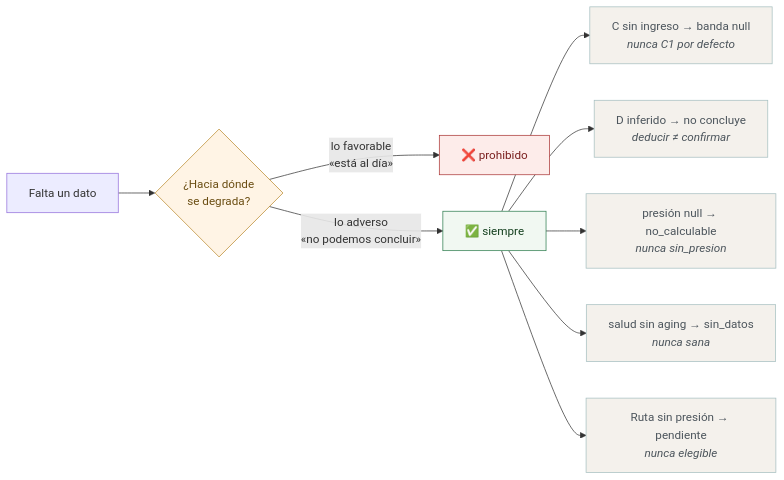
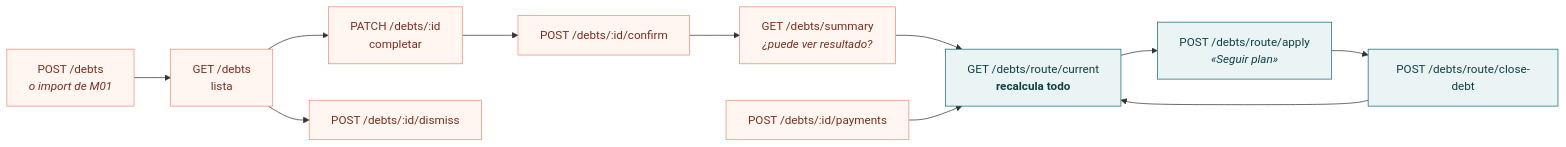
One commit to miguelherize-creator/walvy-workspace changed the third of 6 diagrams in context/modulo04-motor-deudas/motor-m04-en-detalle.md. Above: the diagram before and after it, drawn with Mermaid. The commit also changed other lines of this file and 4 other files, not shown here.

````diff
--- a/context/modulo04-motor-deudas/motor-m04-en-detalle.md
+++ b/context/modulo04-motor-deudas/motor-m04-en-detalle.md
@@ -76,19 +128,18 @@
 ```mermaid
 flowchart LR
-    F["Falta un dato"] --> PREG{"¿Hacia dónde<br/>se degrada?"}
-    PREG -->|"lo favorable<br/>«está al día»"| MAL["❌ prohibido"]:::mal
-    PREG -->|"lo adverso<br/>«no podemos concluir»"| BIEN["✅ siempre"]:::bien
+    A["POST /debts<br/><i>o import de M01</i>"] --> B["GET /debts<br/>lista"]
+    B --> C["PATCH /debts/:id<br/>completar"]
+    C --> D["POST /debts/:id/confirm"]
+    B --> E["POST /debts/:id/dismiss"]
+    D --> F["GET /debts/summary<br/><i>¿puede ver resultado?</i>"]
+    F --> G["GET /debts/route/current<br/><b>recalcula todo</b>"]
+    G --> H["POST /debts/route/apply<br/><i>«Seguir plan»</i>"]
+    H --> I["POST /debts/route/close-debt"]
+    I --> G
+    J["POST /debts/:id/payments"] --> G
 
-    BIEN --> E1["C sin ingreso → banda null<br/><i>nunca C1 por defecto</i>"]
-    BIEN --> E2["D inferido → no concluye<br/><i>deducir ≠ confirmar</i>"]
-    BIEN --> E3["presión null → no_calculable<br/><i>nunca sin_presion</i>"]
-    BIEN --> E4["salud sin aging → sin_datos<br/><i>nunca sana</i>"]
-    BIEN --> E5["Ruta sin presión → pendiente<br/><i>nunca elegible</i>"]
-
-    classDef mal fill:#FDECEA,stroke:#AB3737,color:#7A1F1F
-    classDef bien fill:#F1F8F2,stroke:#2E7D4F,color:#14401F
-    class E1,E2,E3,E4,E5 ej
-    classDef ej fill:#F4F1EC,stroke:#A6BFC0,color:#4C555C
-    class PREG dec
-    classDef dec fill:#FFF4E5,stroke:#B98A2E,color:#6B4E13
+    classDef cap fill:#FFF6F2,stroke:#EE8D78,color:#7A2E1F
+    classDef rut fill:#EAF4F4,stroke:#1B6B73,color:#103F43
+    class A,B,C,D,E,F,J cap
+    class G,H,I rut
 ```
````
